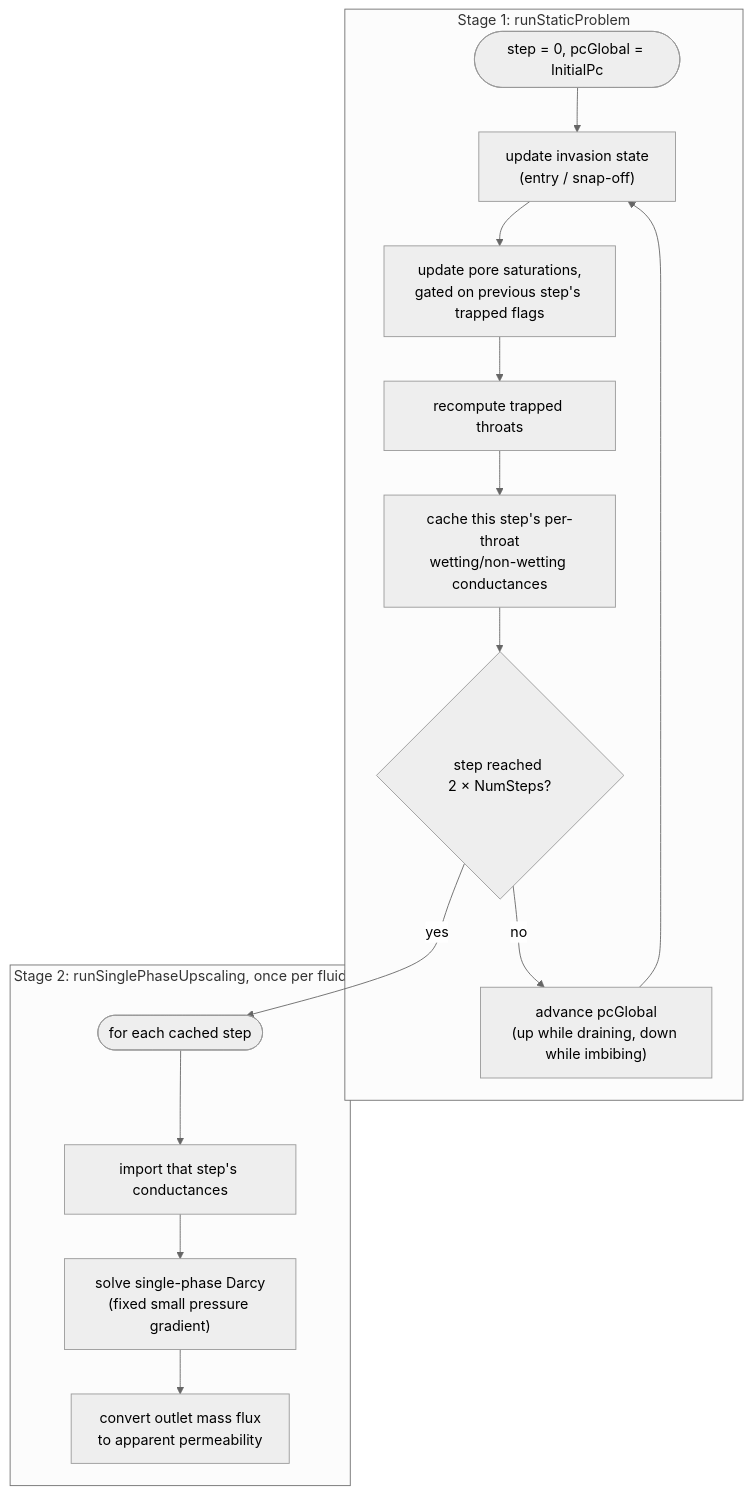
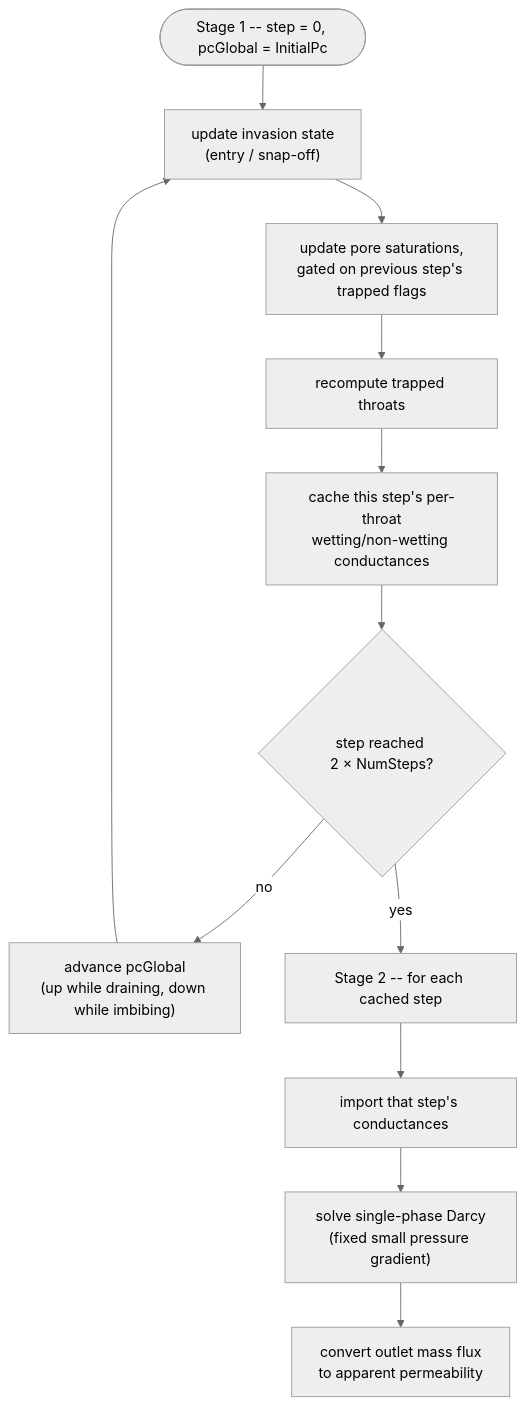
Before and after one commit to dumux/dumux: the first of 2 diagrams in examples/porenetwork_upscaling_twophase/README.md, drawn with Mermaid (neutral theme). The commit also changed 1 other file, not shown here.

Commit message:
[example][pnm-2p-upscaling] Flatten the algorithm mermaid diagram to fix a subgraph rendering error

````diff
--- a/examples/porenetwork_upscaling_twophase/README.md
+++ b/examples/porenetwork_upscaling_twophase/README.md
@@ -77,18 +77,14 @@
 ```mermaid
 flowchart TD
-    subgraph Stage1["Stage 1: runStaticProblem"]
-    S0(["step = 0, pcGlobal = InitialPc"]) --> Inv["update invasion state<br/>(entry / snap-off)"]
+    S0(["Stage 1 -- step = 0, pcGlobal = InitialPc"]) --> Inv["update invasion state<br/>(entry / snap-off)"]
     Inv --> Sat["update pore saturations,<br/>gated on previous step's trapped flags"]
     Sat --> Trap["recompute trapped throats"]
     Trap --> Cache["cache this step's per-throat<br/>wetting/non-wetting conductances"]
     Cache --> Last{"step reached 2&nbsp;&times;&nbsp;NumSteps?"}
     Last -- no --> Adv["advance pcGlobal<br/>(up while draining, down while imbibing)"]
     Adv --> Inv
-    end
-    Last -- yes --> S2Start
-    subgraph Stage2["Stage 2: runSinglePhaseUpscaling, once per fluid"]
-    S2Start(["for each cached step"]) --> Import["import that step's conductances"]
+    Last -- yes --> S2Start["Stage 2 -- for each cached step"]
+    S2Start --> Import["import that step's conductances"]
     Import --> Solve["solve single-phase Darcy<br/>(fixed small pressure gradient)"]
     Solve --> Perm["convert outlet mass flux<br/>to apparent permeability"]
-    end
 ```
````
